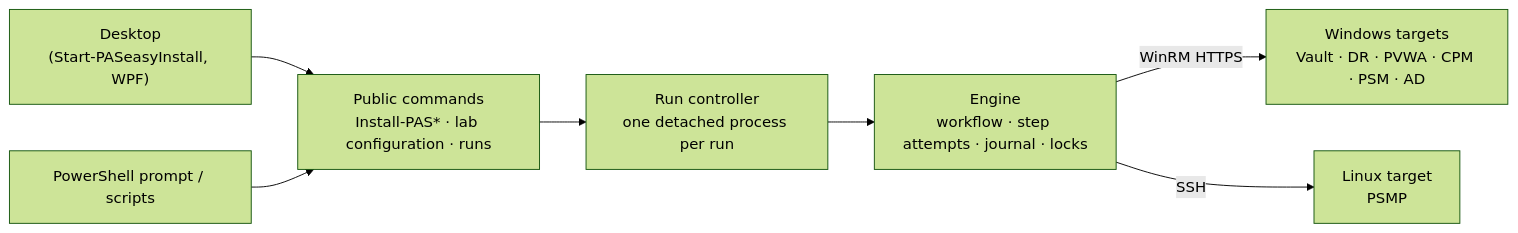
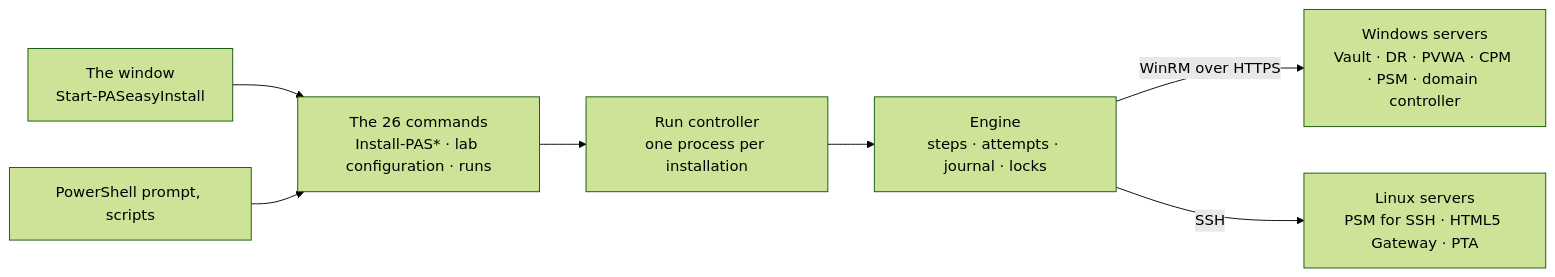
The diagram in site-src/concepts/architecture.md (bigbatmanorg/PASeasyInstall), drawn with Mermaid (forest theme) before and after one commit. The commit also changed other lines of this file and 63 other files, not shown here.

````diff
--- a/site-src/concepts/architecture.md
+++ b/site-src/concepts/architecture.md
@@ -3,9 +3,9 @@
 ```mermaid
 flowchart LR
-  UI["Desktop<br/>(Start-PASeasyInstall, WPF)"] --> PUB["Public commands<br/>Install-PAS* · lab configuration · runs"]
-  CLI["PowerShell prompt / scripts"] --> PUB
-  PUB --> RUN["Run controller<br/>one detached process per run"]
-  RUN --> ENG["Engine<br/>workflow · step attempts · journal · locks"]
-  ENG -->|WinRM HTTPS| WIN["Windows targets<br/>Vault · DR · PVWA · CPM · PSM · AD"]
-  ENG -->|SSH| LNX["Linux target<br/>PSMP"]
+  UI["The window<br/>Start-PASeasyInstall"] --> PUB["The 26 commands<br/>Install-PAS* · lab configuration · runs"]
+  CLI["PowerShell prompt, scripts"] --> PUB
+  PUB --> RUN["Run controller<br/>one process per installation"]
+  RUN --> ENG["Engine<br/>steps · attempts · journal · locks"]
+  ENG -->|WinRM over HTTPS| WIN["Windows servers<br/>Vault · DR · PVWA · CPM · PSM · domain controller"]
+  ENG -->|SSH| LNX["Linux servers<br/>PSM for SSH · HTML5 Gateway · PTA"]
 ```
````
